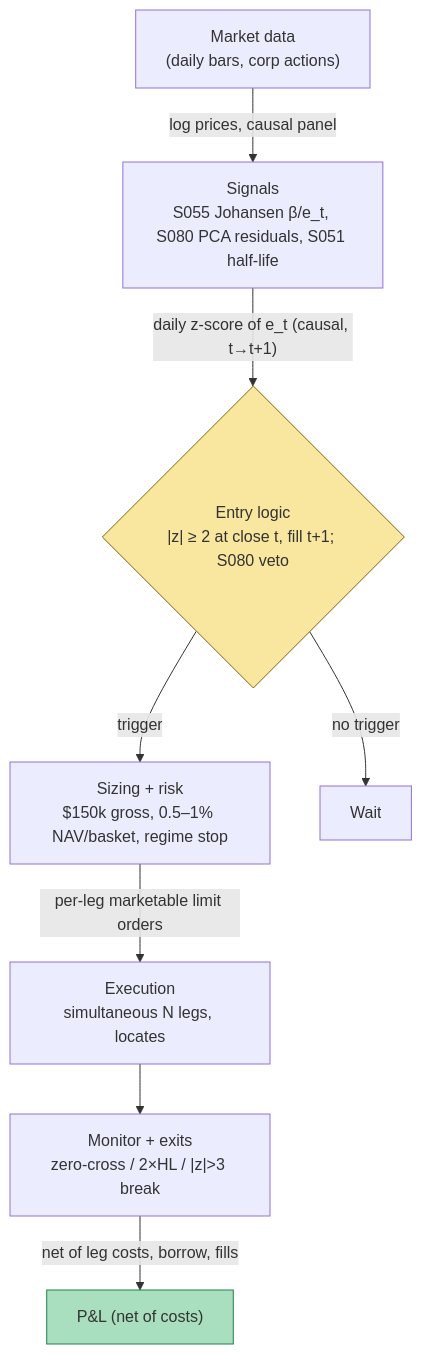
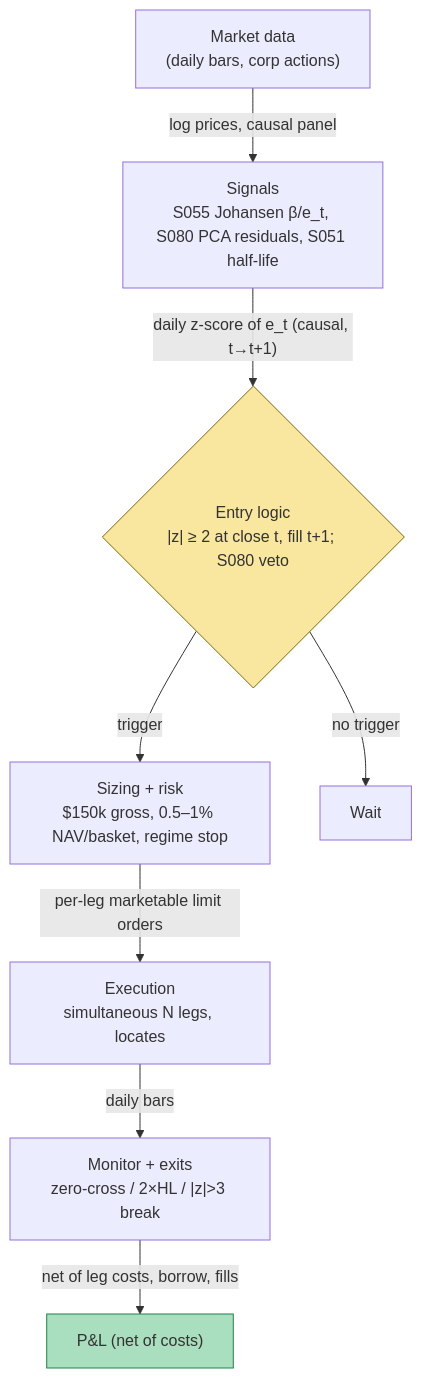
Before and after one commit to praveenguptahcl/quant-signals-deep: the diagram in batches/TB4/T033.md, drawn with Mermaid. The commit also changed other lines of this file and 40 other files, not shown here.

````diff
--- a/batches/TB4/T033.md
+++ b/batches/TB4/T033.md
@@ -159,12 +159,12 @@
 ```mermaid
 flowchart TD
     DATA["Market data\n(daily bars, corp actions)"] -->|"log prices, causal panel"| SIGS["Signals\nS055 Johansen β/e_t, S080 PCA residuals, S051 half-life"]
     SIGS -->|"daily z-score of e_t (causal, t→t+1)"| ENTRY{"Entry logic\n|z| ≥ 2 at close t, fill t+1; S080 veto"}
     ENTRY -->|trigger| SIZE["Sizing + risk\n$150k gross, 0.5–1% NAV/basket, regime stop"]
     ENTRY -->|no trigger| WAIT["Wait"]
     SIZE -->|"per-leg marketable limit orders"| EXEC["Execution\nsimultaneous N legs, locates"]
-    EXEC --> MON["Monitor + exits\nzero-cross / 2×HL / |z|>3 break"]
+    EXEC -->|"daily bars"| MON["Monitor + exits\nzero-cross / 2×HL / |z|>3 break"]
     MON -->|"net of leg costs, borrow, fills"| PNL["P&L (net of costs)"]
     style ENTRY fill:#f9e79f,stroke:#7d6608
     style PNL fill:#a9dfbf,stroke:#1e8449
 ```
````
